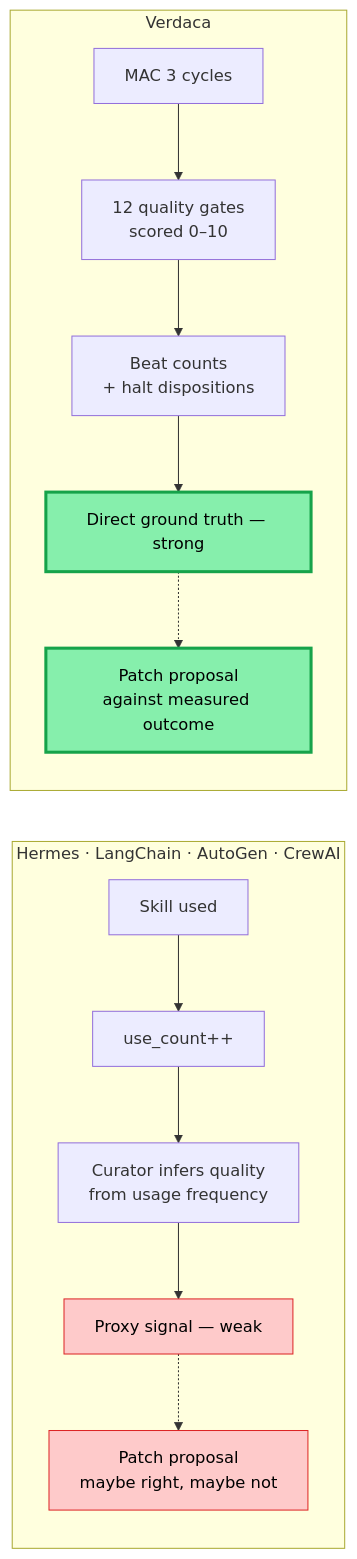
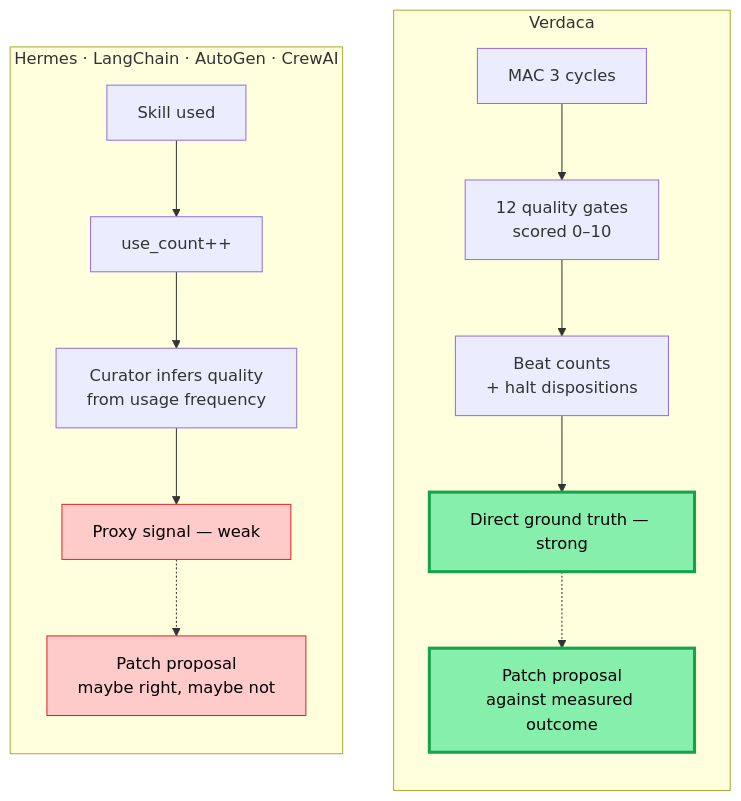
One commit to verdaca/VERDACA changed the third of 13 diagrams in docs/architecture-diagrams.md. Above: the diagram before and after it, drawn with Mermaid.

Commit message:
docs: Diagram 3 — force competitors and Verdaca subgraphs side-by-side
The two subgraphs (COMPETITORS and VERDACA) had no edges between them,
so mermaid was free to stack them vertically. Two fixes:

1. Added direction TB to each subgraph so internal nodes stack
   vertically (forming two columns)
2. Added invisible edges (~~~) between H1-V1 and H5-V5 to anchor the
   two columns at the same vertical level

With flowchart LR parent + TB internal + cross-subgraph invisible
anchors, COMPETITORS now sits on the left and VERDACA on the right,
both at the same level — the contrast reads visually as left-vs-right
instead of top-vs-bottom

````diff
--- a/docs/architecture-diagrams.md
+++ b/docs/architecture-diagrams.md
@@ -92,20 +92,25 @@
 ```mermaid
 %%{init: {'themeVariables': {'fontSize': '16px'}}}%%
 flowchart LR
     subgraph COMPETITORS["Hermes · LangChain · AutoGen · CrewAI"]
+        direction TB
         H1["Skill used"] --> H2["use_count++"]
         H2 --> H3["Curator infers quality<br/>from usage frequency"]
         H3 --> H4["Proxy signal — weak"]:::weak
         H4 -.-> H5["Patch proposal<br/>maybe right, maybe not"]:::weak
     end
 
     subgraph VERDACA["Verdaca"]
+        direction TB
         V1["MAC 3 cycles"] --> V2["12 quality gates<br/>scored 0–10"]
         V2 --> V3["Beat counts<br/>+ halt dispositions"]
         V3 --> V4["Direct ground truth — strong"]:::strong
         V4 -.-> V5["Patch proposal<br/>against measured outcome"]:::strong
     end
 
+    H1 ~~~ V1
+    H5 ~~~ V5
+
     classDef weak fill:#fecaca,stroke:#dc2626,stroke-width:1px,color:#000
     classDef strong fill:#86efac,stroke:#16a34a,stroke-width:3px,color:#000
 ```
````
